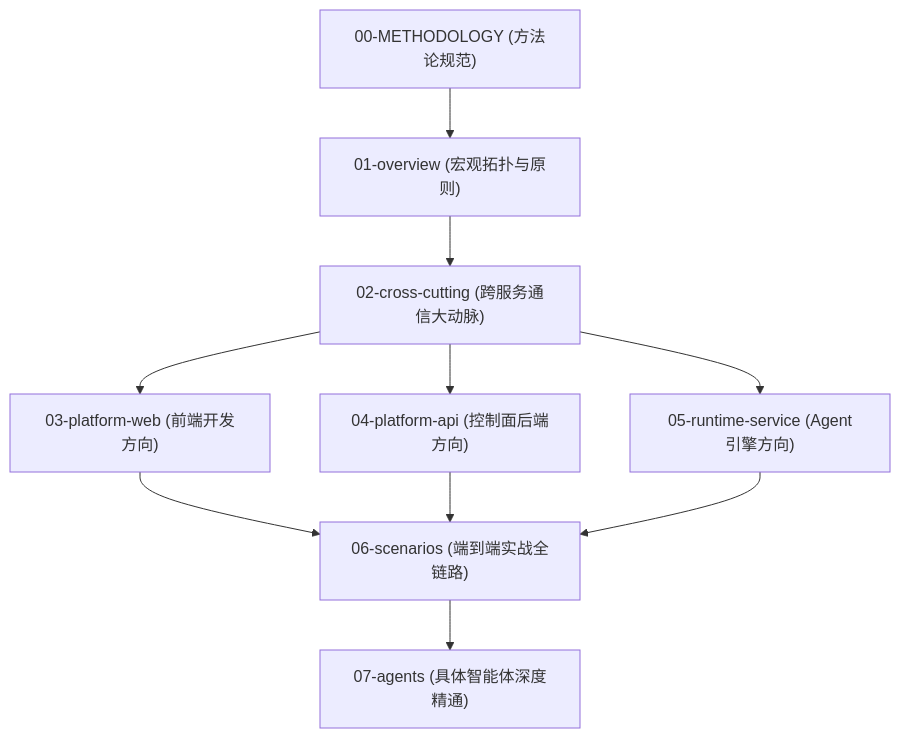
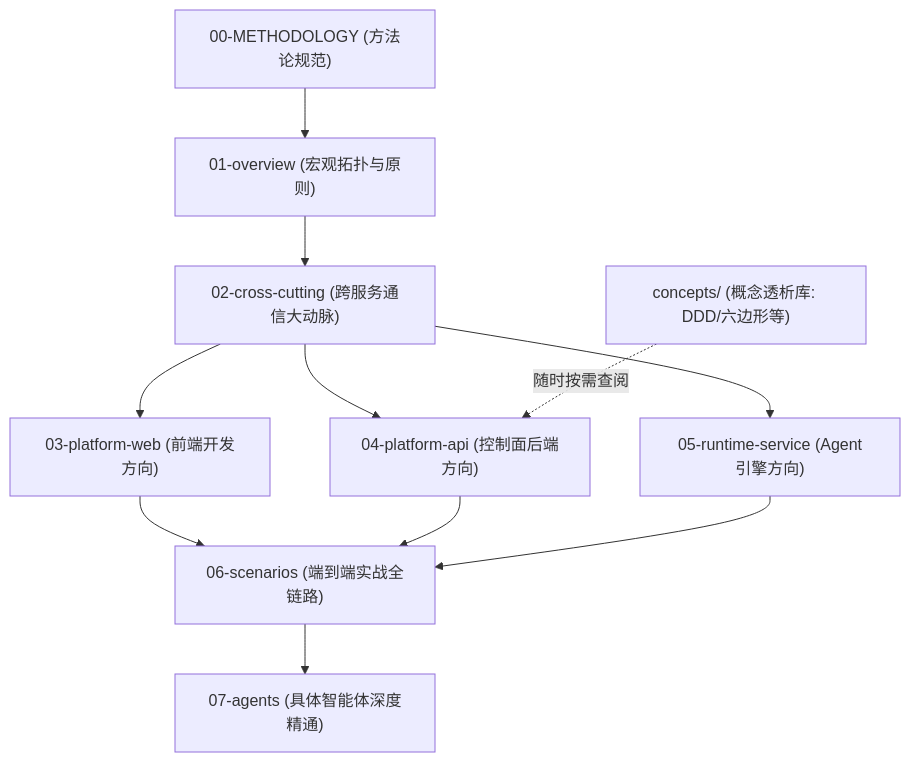
The second of 2 diagrams in docs/architecture/README.md (ljxpython/ai-agent-platform), drawn with Mermaid before and after one commit. The commit also changed other lines of this file and 15 other files, not shown here.

Commit message:
docs(release): prepare v0.5.0 milestone and enterprise agent platform architecture docs

````diff
--- a/docs/architecture/README.md
+++ b/docs/architecture/README.md
@@ -134,15 +138,17 @@
 ```mermaid
 flowchart TD
     M["00-METHODOLOGY (方法论规范)"] --> OV["01-overview (宏观拓扑与原则)"]
     OV --> CC["02-cross-cutting (跨服务通信大动脉)"]
 
     CC --> Web["03-platform-web (前端开发方向)"]
     CC --> API["04-platform-api (控制面后端方向)"]
     CC --> RT["05-runtime-service (Agent引擎方向)"]
 
     Web --> SC["06-scenarios (端到端实战全链路)"]
     API --> SC
     RT --> SC
 
     SC --> AG["07-agents (具体智能体深度精通)"]
+
+    C["concepts/ (概念透析库: DDD/六边形等)"] -.->|"随时按需查阅"| API
 ```
````
